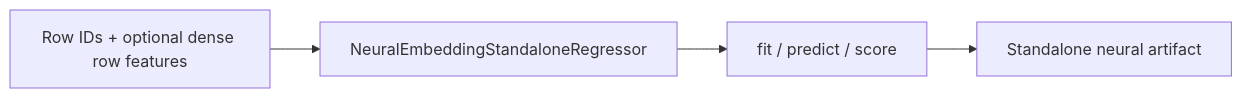
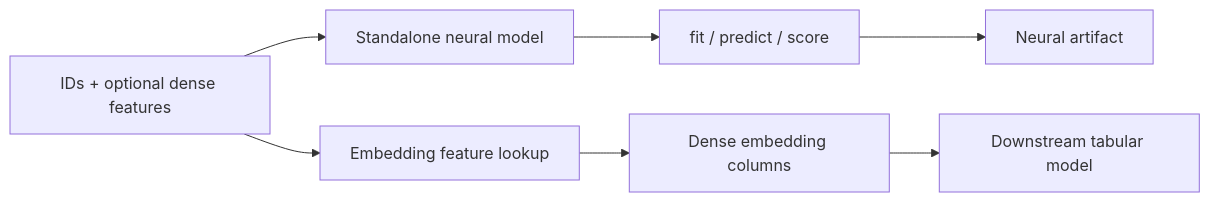
One commit to albrmar/cartoboost changed the first of 2 diagrams in docs/neural-features.md. Above: the diagram before and after it, drawn with Mermaid. The commit also changed other lines of this file and 102 other files, not shown here.

````diff
--- a/docs/neural-features.md
+++ b/docs/neural-features.md
@@ -13,6 +34,10 @@
 ```mermaid
 flowchart LR
-    A["Row IDs + optional dense row features"] --> B["NeuralEmbeddingStandaloneRegressor"]
+    A["IDs + optional dense features"] --> B["Standalone neural model"]
     B --> C["fit / predict / score"]
-    C --> D["Standalone neural artifact"]
+    C --> D["Neural artifact"]
+
+    A --> E["Embedding feature lookup"]
+    E --> F["Dense embedding columns"]
+    F --> G["Downstream tabular model"]
 ```
````
